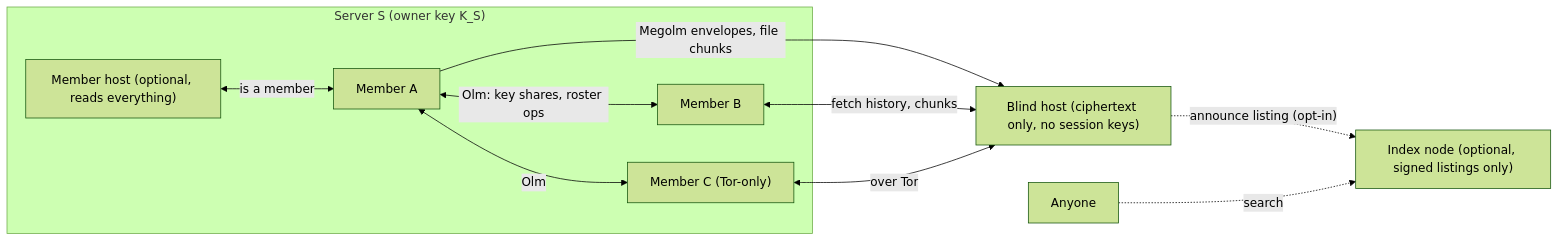
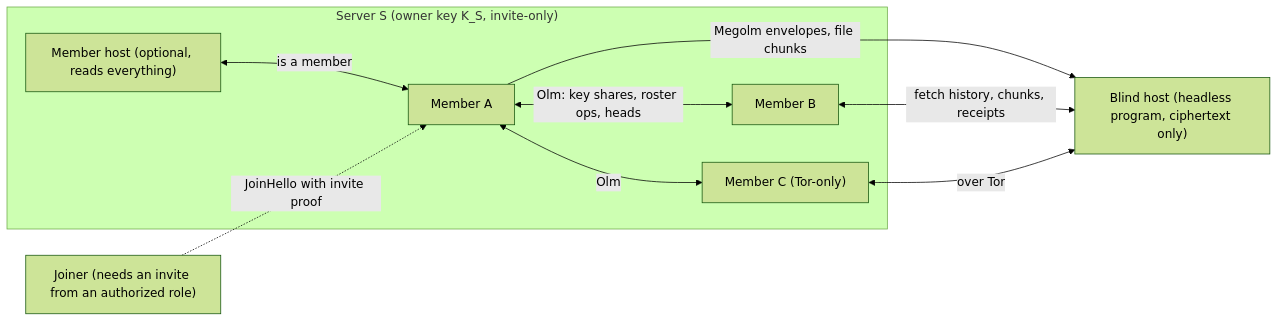
Before and after one commit to FemboyNyx/umbra: the first of 2 diagrams in docs/servers.md, drawn with Mermaid (forest theme). The commit also changed other lines of this file and 1 other file, not shown here.

Commit message:
docs: servers — apply Nyx's decisions; add host sanity checks and disappearing messages

````diff
--- a/docs/servers.md
+++ b/docs/servers.md
@@ -67,19 +85,18 @@
 ```mermaid
 flowchart LR
-  subgraph Server["Server S (owner key K_S)"]
+  subgraph Server["Server S (owner key K_S, invite-only)"]
     A[Member A]
     B[Member B]
     C["Member C (Tor-only)"]
     MH["Member host (optional, reads everything)"]
   end
-  BH["Blind host (ciphertext only, no session keys)"]
-  IDX["Index node (optional, signed listings only)"]
-  A <-->|"Olm: key shares, roster ops"| B
+  BH["Blind host (headless program, ciphertext only)"]
+  J["Joiner (needs an invite from an authorized role)"]
+  A <-->|"Olm: key shares, roster ops, heads"| B
   A <-->|"Olm"| C
   A -->|"Megolm envelopes, file chunks"| BH
-  B <-->|"fetch history, chunks"| BH
+  B <-->|"fetch history, chunks, receipts"| BH
   C <-->|"over Tor"| BH
   MH <-->|"is a member"| A
-  BH -.->|"announce listing (opt-in)"| IDX
-  Stranger[Anyone] -.->|"search"| IDX
+  J -.->|"JoinHello with invite proof"| A
 ```
````
